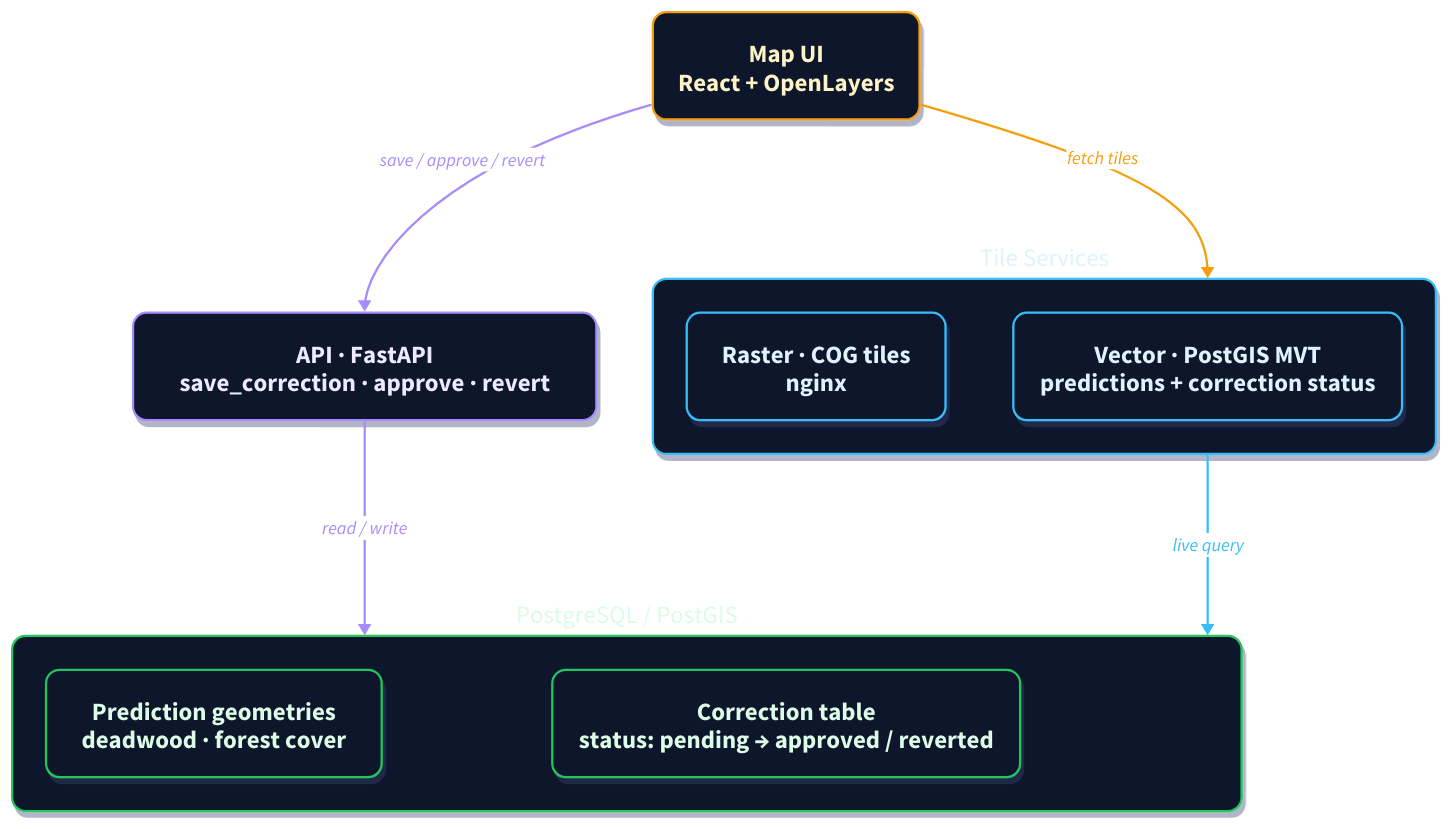
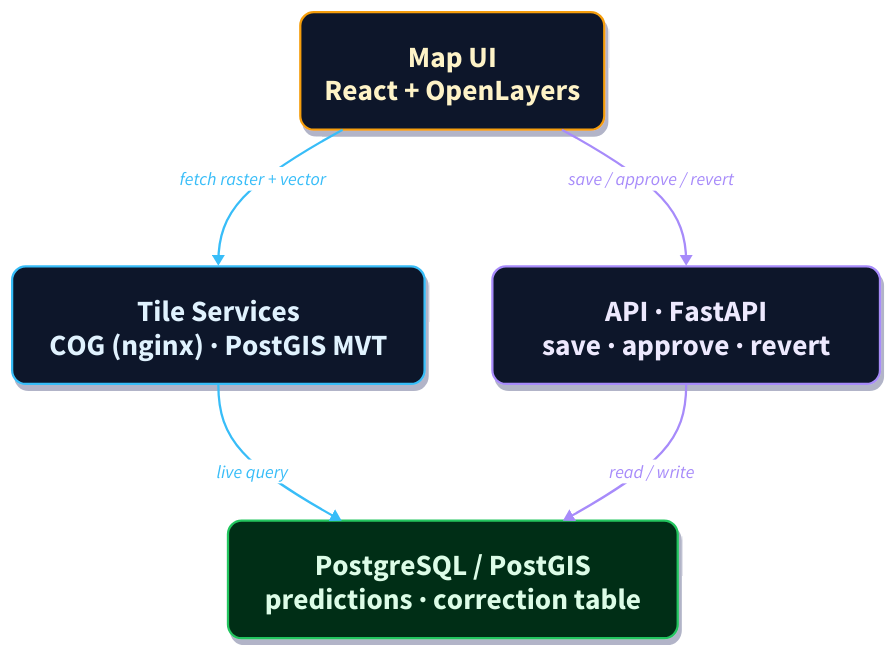
One commit to Deadwood-ai/deadtrees changed the diagram in docs/projects/geolabel/assets/geolabel-techstack.d2. Above: the diagram before and after it, drawn with D2. The commit also changed 1 other file, not shown here.

Commit message:
docs: update geolabel tech stack diagram with new styles and components
Revise the D2 diagram and corresponding PNG asset for the geolabel tech stack, enhancing the representation of UI, tiles, API, and database components. Adjust font sizes and color schemes for improved clarity and consistency, while adding new connections and labels to better illustrate the architecture.

```diff
--- a/docs/projects/geolabel/assets/geolabel-techstack.d2
+++ b/docs/projects/geolabel/assets/geolabel-techstack.d2
@@ -1,98 +1,74 @@
 direction: down
 
 classes: {
   ui: {
     style: {
       fill: "#0f172a"
       stroke: "#f59e0b"
       font-color: "#fef3c7"
       border-radius: 12
-      font-size: 22
+      font-size: 26
       stroke-width: 2
       shadow: true
     }
   }
   tiles: {
     style: {
       fill: "#0f172a"
       stroke: "#38bdf8"
       font-color: "#e0f2fe"
       border-radius: 12
-      font-size: 22
+      font-size: 26
       stroke-width: 2
       shadow: true
     }
   }
   api: {
     style: {
       fill: "#0f172a"
       stroke: "#a78bfa"
       font-color: "#ede9fe"
       border-radius: 12
-      font-size: 22
+      font-size: 26
       stroke-width: 2
       shadow: true
     }
   }
   db: {
     style: {
-      fill: "#0f172a"
+      fill: "#052e16"
       stroke: "#22c55e"
       font-color: "#dcfce7"
       border-radius: 12
-      font-size: 22
+      font-size: 26
       stroke-width: 2
       shadow: true
-    }
-  }
-  label: {
-    style: {
-      fill: "transparent"
-      stroke: "transparent"
-      font-color: "#94a3b8"
-      font-size: 18
-      bold: false
     }
   }
 }
 
 browser: "Map UI\nReact + OpenLayers" { class: ui }
+tiles: "Tile Services\nCOG (nginx)  ·  PostGIS MVT" { class: tiles }
+api: "API  ·  FastAPI\nsave  ·  approve  ·  revert" { class: api }
+database: "PostgreSQL / PostGIS\npredictions  ·  correction table" { class: db }
 
-tiles: {
-  label: "Tile Services"
-  class: tiles
-
-  cog: "Raster  ·  COG tiles\nnginx" { class: tiles }
-  mvt: "Vector  ·  PostGIS MVT\npredictions + correction status" { class: tiles }
-}
-
-api: "API  ·  FastAPI\nsave_correction  ·  approve  ·  revert" { class: api }
-
-database: {
-  label: "PostgreSQL / PostGIS"
-  class: db
-
-  preds: "Prediction geometries\ndeadwood  ·  forest cover" { class: db }
-  corr: "Correction table\nstatus: pending → approved / reverted" { class: db }
-}
-
-browser -> tiles: "fetch tiles" {
-  style.stroke: "#f59e0b"
-  style.font-color: "#f59e0b"
+browser -> tiles: "fetch raster + vector" {
+  style.stroke: "#38bdf8"
+  style.font-color: "#38bdf8"
   style.stroke-width: 2
 }
 browser -> api: "save / approve / revert" {
-  style.stroke: "#a78bfa"
-  style.font-color: "#a78bfa"
-  style.stroke-width: 2
-}
-api -> database: "read / write" {
   style.stroke: "#a78bfa"
   style.font-color: "#a78bfa"
   style.stroke-width: 2
 }
 tiles -> database: "live query" {
   style.stroke: "#38bdf8"
   style.font-color: "#38bdf8"
   style.stroke-width: 2
 }
+api -> database: "read / write" {
+  style.stroke: "#a78bfa"
+  style.font-color: "#a78bfa"
+  style.stroke-width: 2
+}
```
